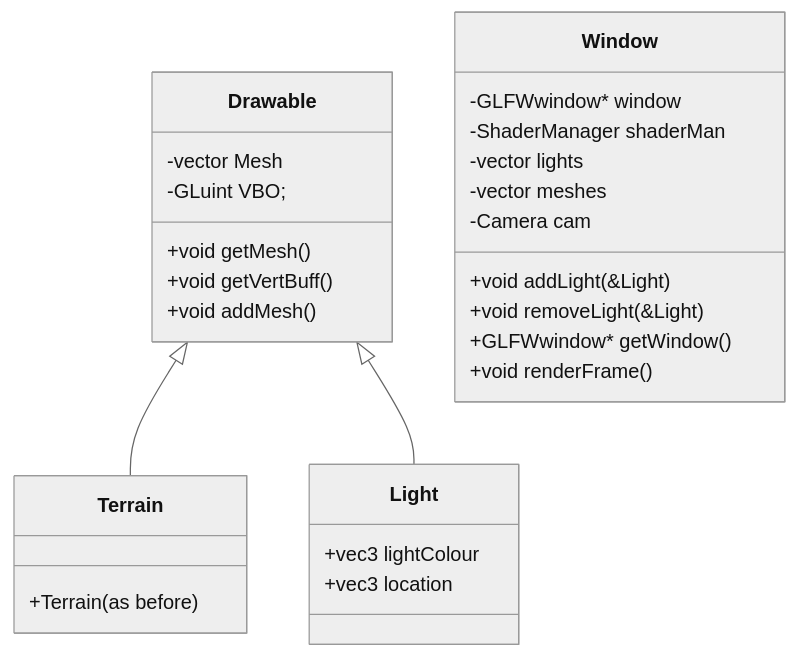
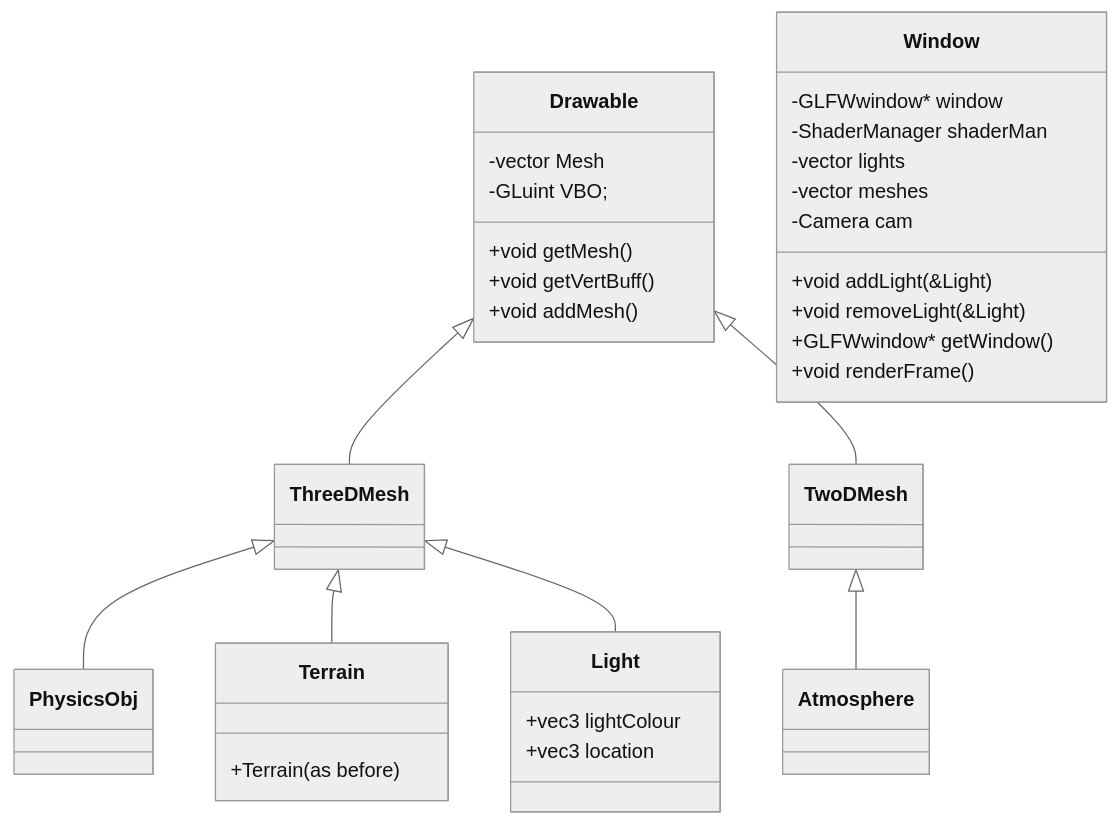
One commit to JamesMax314/GeoSim changed the diagram in TODO.md. Above: the diagram before and after it, drawn with Mermaid (neutral theme). The commit also changed other lines of this file and 6 other files, not shown here.

````diff
--- a/TODO.md
+++ b/TODO.md
@@ -25,34 +25,38 @@
 ```Mermaid
 classDiagram
     class Drawable {
         -vector Mesh
         -GLuint VBO;
         +void getMesh()
         +void getVertBuff()
         +void addMesh()
     }
 
     class Light {
         +vec3 lightColour
         +vec3 location
     }
 
     class Terrain {
         +Terrain(as before)
     }
 
-    Drawable <|-- Terrain
-    Drawable <|-- Light
+    Drawable <|-- ThreeDMesh
+    Drawable <|-- TwoDMesh
+    TwoDMesh <|-- Atmosphere
+    ThreeDMesh <|-- PhysicsObj
+    ThreeDMesh <|-- Terrain
+    ThreeDMesh <|-- Light
 
     class Window {
         -GLFWwindow* window
         -ShaderManager shaderMan
         -vector<Light> lights
         -vector<Drawable> meshes
         -Camera cam
         +void addLight(&Light)
         +void removeLight(&Light)
         +GLFWwindow* getWindow()
         +void renderFrame()
     }
 ```
````
